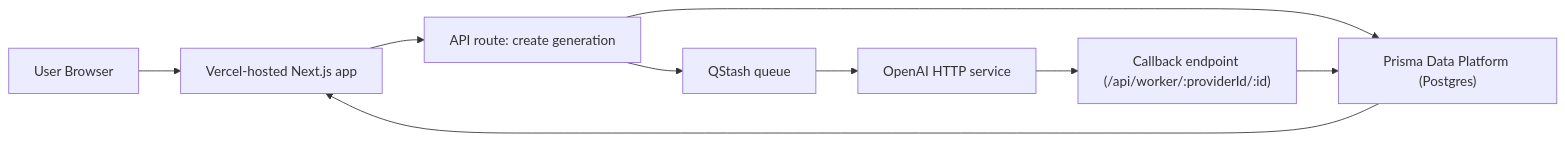
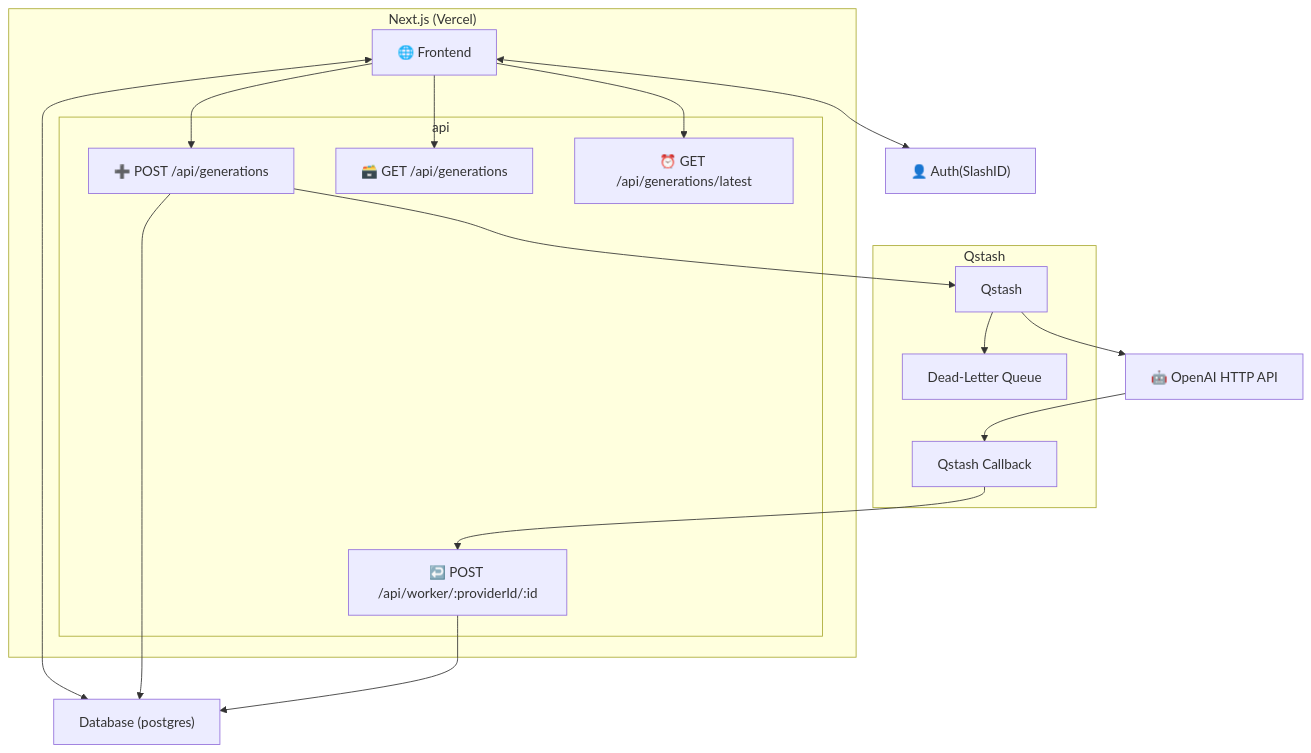
One commit to rwnx/sourceful-take-home changed the diagram in README.md. Above: the diagram before and after it, drawn with Mermaid. The commit also changed other lines of this file, not shown here.

Commit message:
Improve diagram

````diff
--- a/README.md
+++ b/README.md
@@ -13,11 +10,35 @@
 ```mermaid
-flowchart LR
-  U["User Browser"] --> V["Vercel-hosted Next.js app"]
-  V --> A["API route: create generation"]
-  A --> D["Prisma Data Platform (Postgres)"]
-  A --> Q["QStash queue"]
-  Q --> O["OpenAI HTTP service"]
-  O --> C["Callback endpoint (/api/worker/:providerId/:id)"]
-  C --> D
-  D --> V
+flowchart TB
+    SlashID["👤 Auth(SlashID)"]
+    subgraph App["Next.js (Vercel)"]
+        frontend["🌐 Frontend"]
+        subgraph api["api"]
+            create["➕ POST /api/generations"]
+            index["🗃️ GET /api/generations"]
+            latest["⏰ GET /api/generations/latest"]
+            callback["↩️ POST /api/worker/:providerId/:id"]
+        end
+    end
+
+    DB["Database (postgres)"]
+    subgraph qstash["Qstash"]
+        QS["Qstash"]
+        QSCallback["Qstash Callback"]
+        DLQ["Dead-Letter Queue"]
+    end
+
+    OAI["🤖 OpenAI HTTP API"]
+    frontend <--> SlashID
+    frontend --> create
+    frontend --> latest
+    frontend --> index
+    frontend <--> DB
+    create --> DB
+
+    create --> QS
+    QS --> OAI
+    QS --> DLQ
+    OAI --> QSCallback
+    QSCallback --> callback
+    callback --> DB
 ```
````
